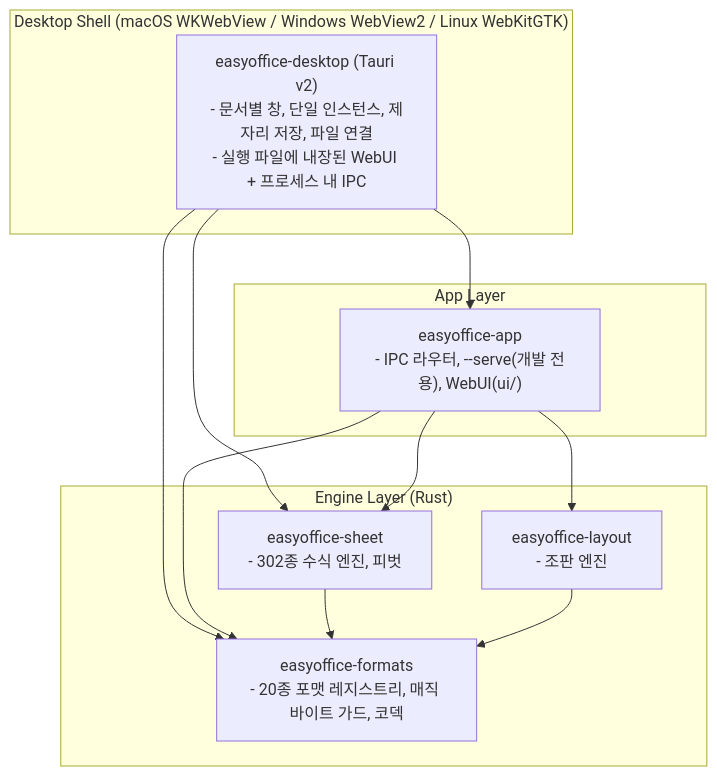
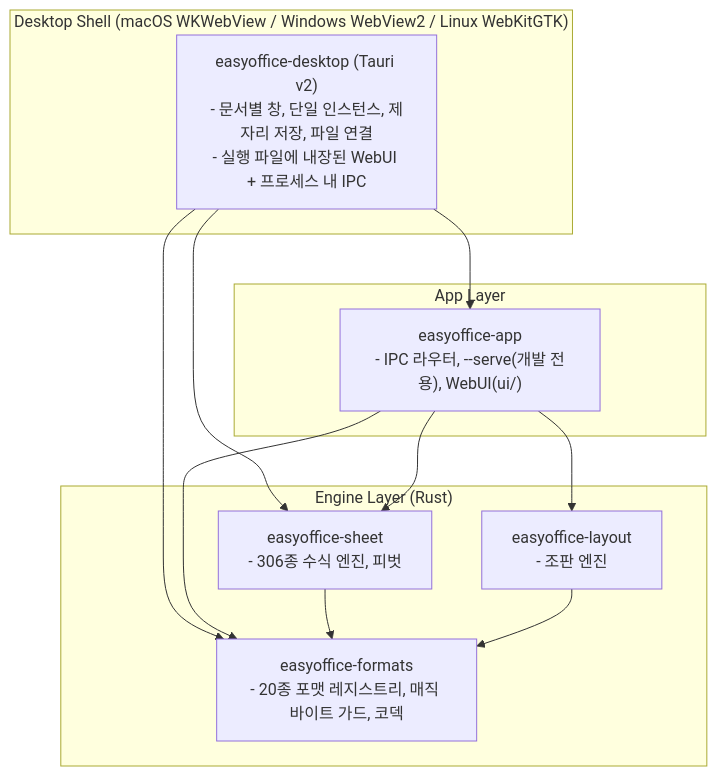
Before and after one commit to AquilaXk/easyoffice: the diagram in docs/architecture.md, drawn with Mermaid. The commit also changed 15 other files, not shown here.

````diff
--- a/docs/architecture.md
+++ b/docs/architecture.md
@@ -11,22 +11,22 @@
 ```mermaid
 flowchart TD
     subgraph ShellLayer["Desktop Shell (macOS WKWebView / Windows WebView2 / Linux WebKitGTK)"]
         Desktop["easyoffice-desktop (Tauri v2)\n- 문서별 창, 단일 인스턴스, 제자리 저장, 파일 연결\n- 실행 파일에 내장된 WebUI + 프로세스 내 IPC"]
     end
     subgraph AppLayer["App Layer"]
         App["easyoffice-app\n- IPC 라우터, --serve(개발 전용), WebUI(ui/)"]
     end
     subgraph CoreLayer["Engine Layer (Rust)"]
         Formats["easyoffice-formats\n- 20종 포맷 레지스트리, 매직 바이트 가드, 코덱"]
-        Sheet["easyoffice-sheet\n- 302종 수식 엔진, 피벗"]
+        Sheet["easyoffice-sheet\n- 306종 수식 엔진, 피벗"]
         Layout["easyoffice-layout\n- 조판 엔진"]
     end
     Desktop --> App
     Desktop --> Formats
     Desktop --> Sheet
     App --> Formats
     App --> Sheet
     App --> Layout
     Sheet --> Formats
     Layout --> Formats
 ```
````
